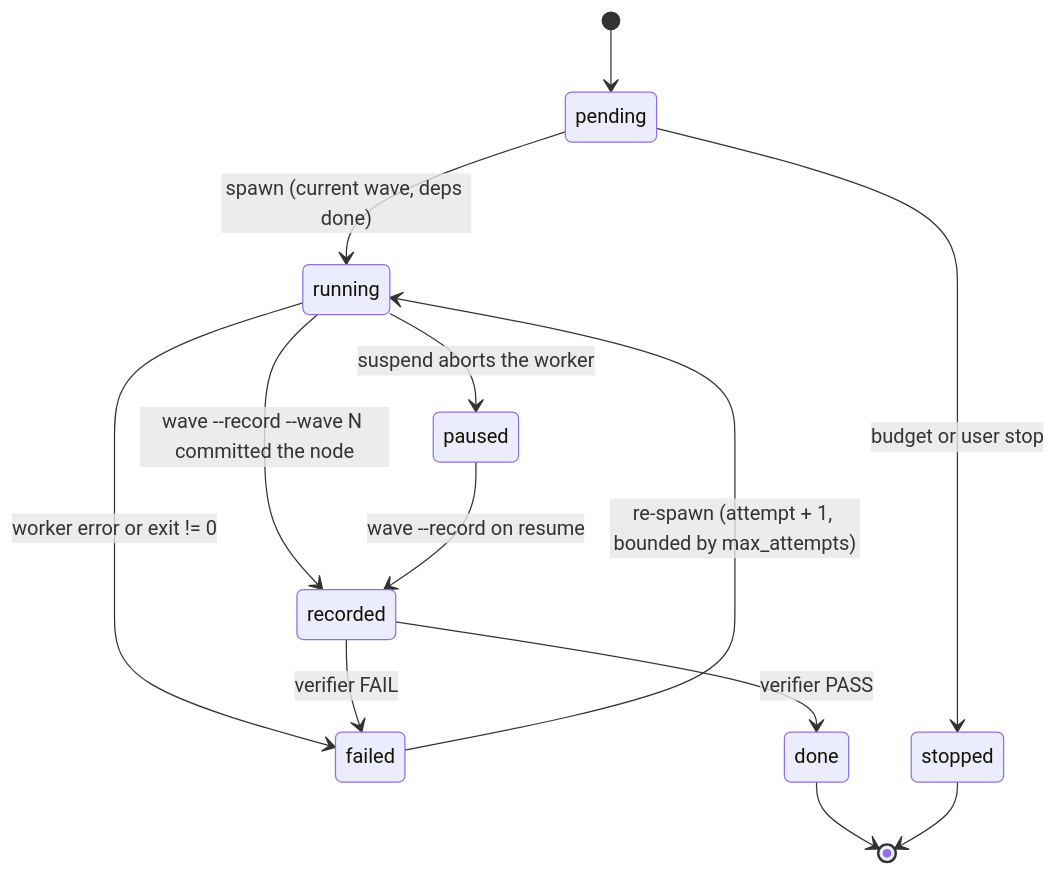
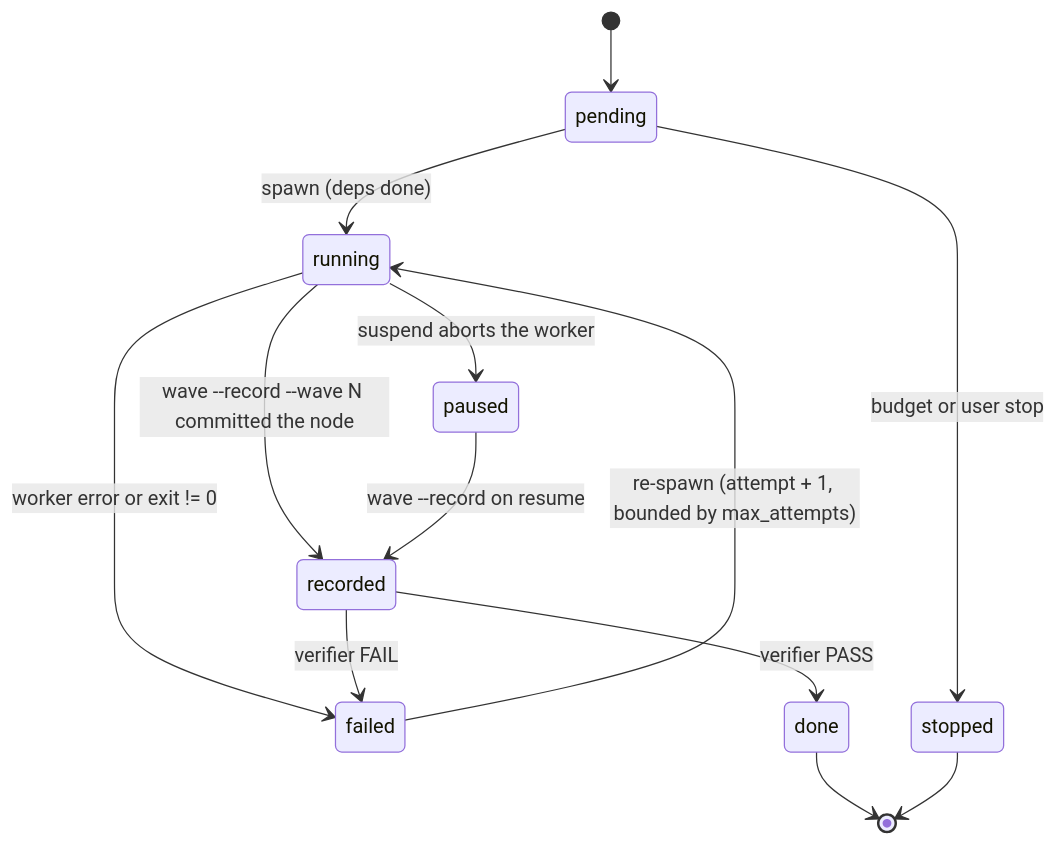
One commit to ming6ao/sliceme changed the tenth of 10 diagrams in docs/architecture.md. Above: the diagram before and after it, drawn with Mermaid. The commit also changed other lines of this file and 25 other files, not shown here.

First line of the commit message:
feat(campaign): gate spawn on readiness and verify a wave in one turn

````diff
--- a/docs/architecture.md
+++ b/docs/architecture.md
@@ -470,15 +470,15 @@
 ```mermaid
 stateDiagram-v2
   [*] --> pending
-  pending --> running: spawn (current wave, deps done)
+  pending --> running: spawn (deps done)
   running --> recorded: wave --record --wave N committed the node
   running --> failed: worker error or exit != 0
   running --> paused: suspend aborts the worker
   paused --> recorded: wave --record on resume
   recorded --> done: verifier PASS
   recorded --> failed: verifier FAIL
   failed --> running: re-spawn (attempt + 1, bounded by max_attempts)
   pending --> stopped: budget or user stop
   done --> [*]
   stopped --> [*]
 ```
````
